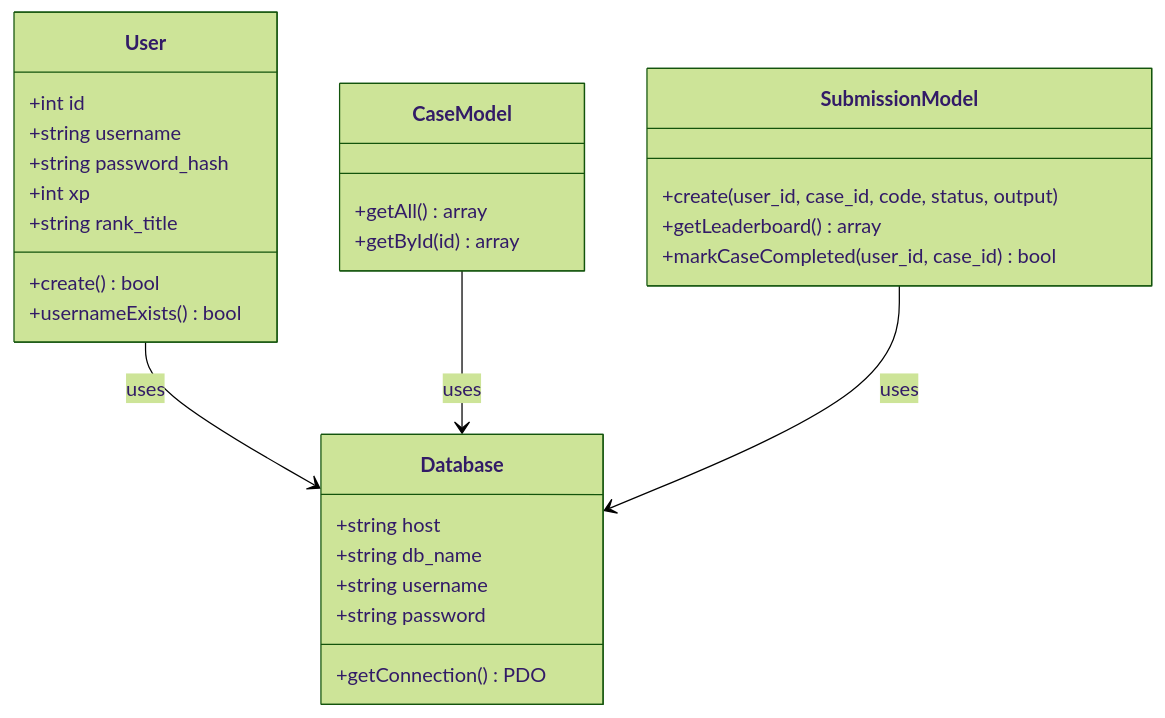
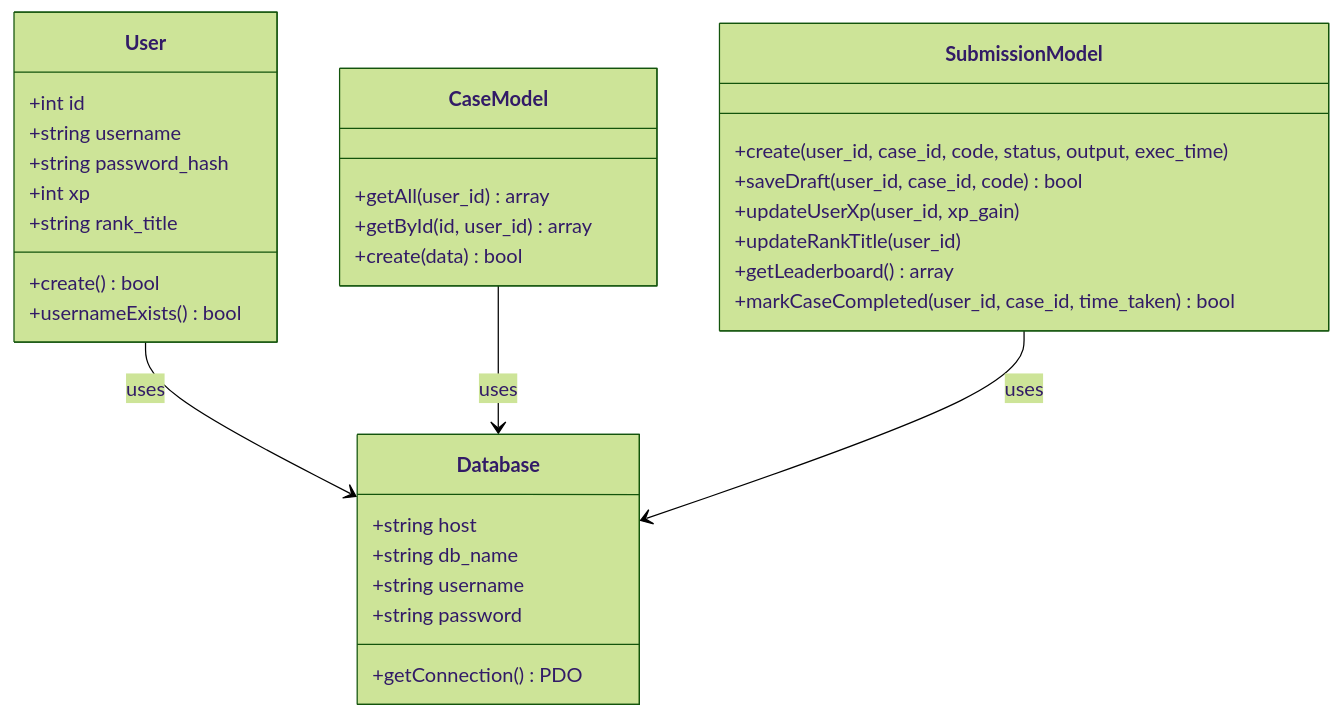
One commit to ALFRED-OP/Python-Detective-Game changed the third of 6 diagrams in docs/architecture_and_design.md. Above: the diagram before and after it, drawn with Mermaid (forest theme). The commit also changed other lines of this file and 1 other file, not shown here.

Commit message:
feat: Add a comprehensive architecture and design document and update the README to reflect new features.

````diff
--- a/docs/architecture_and_design.md
+++ b/docs/architecture_and_design.md
@@ -82,35 +86,39 @@
 ```mermaid
 classDiagram
     class User {
         +int id
         +string username
         +string password_hash
         +int xp
         +string rank_title
         +create() bool
         +usernameExists() bool
     }
 
     class CaseModel {
-        +getAll() array
-        +getById(id) array
+        +getAll(user_id) array
+        +getById(id, user_id) array
+        +create(data) bool
     }
 
     class SubmissionModel {
-        +create(user_id, case_id, code, status, output)
+        +create(user_id, case_id, code, status, output, exec_time)
+        +saveDraft(user_id, case_id, code) bool
+        +updateUserXp(user_id, xp_gain)
+        +updateRankTitle(user_id)
         +getLeaderboard() array
-        +markCaseCompleted(user_id, case_id) bool
+        +markCaseCompleted(user_id, case_id, time_taken) bool
     }
 
     class Database {
         +string host
         +string db_name
         +string username
         +string password
         +getConnection() PDO
     }
 
     User --> Database : uses
     CaseModel --> Database : uses
     SubmissionModel --> Database : uses
 ```
````
